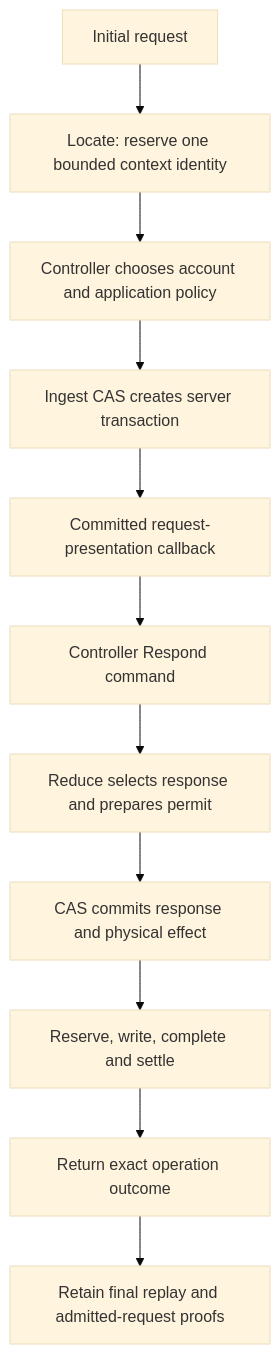
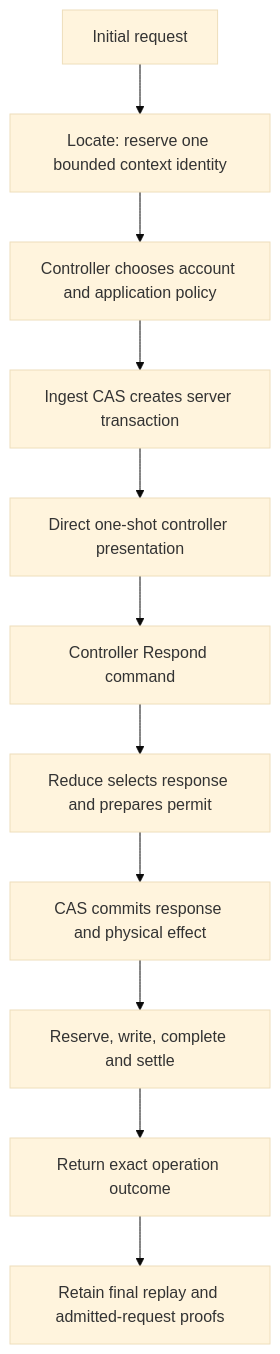
Before and after one commit to zyno-io/sipbridge: the second of 10 diagrams in docs/operations/sip.md, drawn with Mermaid (base theme). The commit also changed other lines of this file and 38 other files, not shown here.

````diff
--- a/docs/operations/sip.md
+++ b/docs/operations/sip.md
@@ -83,13 +83,13 @@
 ```mermaid
 flowchart TD
     A[Initial request] --> B[Locate: reserve one bounded context identity]
     B --> C[Controller chooses account and application policy]
     C --> D[Ingest CAS creates server transaction]
-    D --> E[Committed request-presentation callback]
+    D --> E[Direct one-shot controller presentation]
     E --> F[Controller Respond command]
     F --> G[Reduce selects response and prepares permit]
     G --> N[CAS commits response and physical effect]
     N --> H[Reserve, write, complete and settle]
     H --> I[Return exact operation outcome]
     I --> J[Retain final replay and admitted-request proofs]
 ```
````
